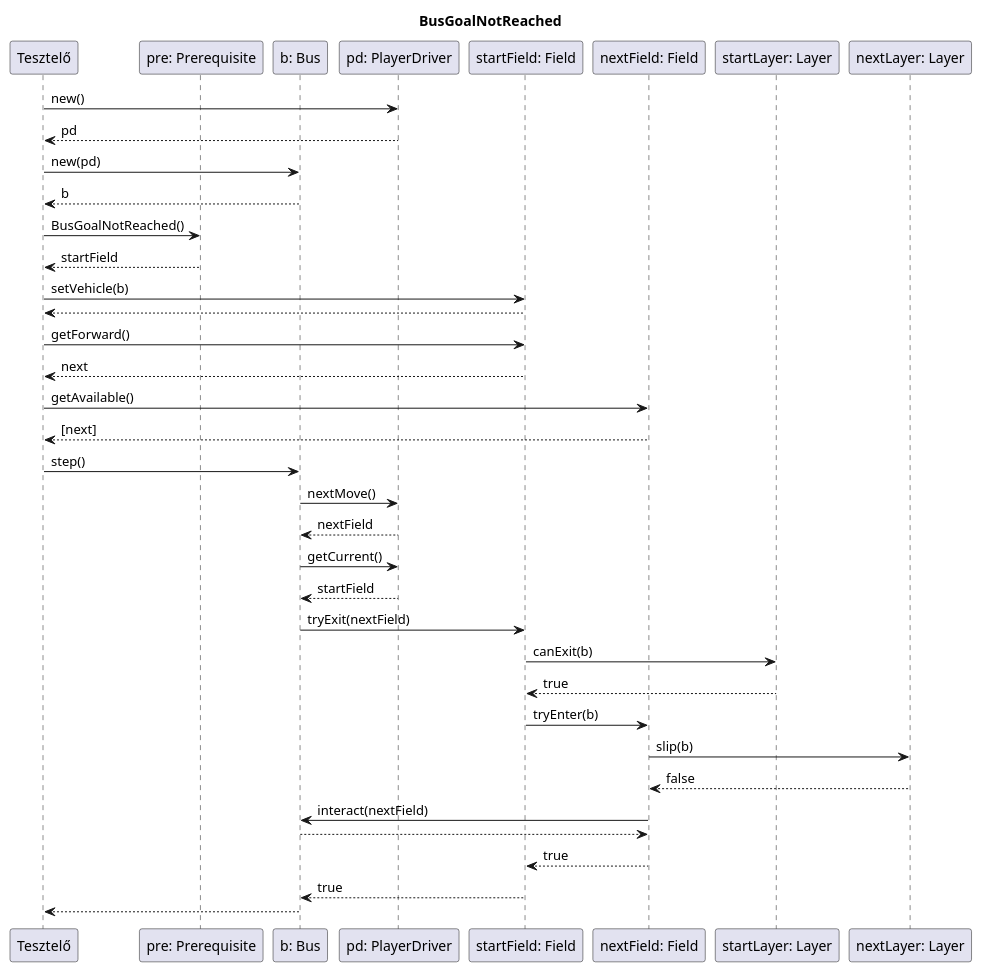
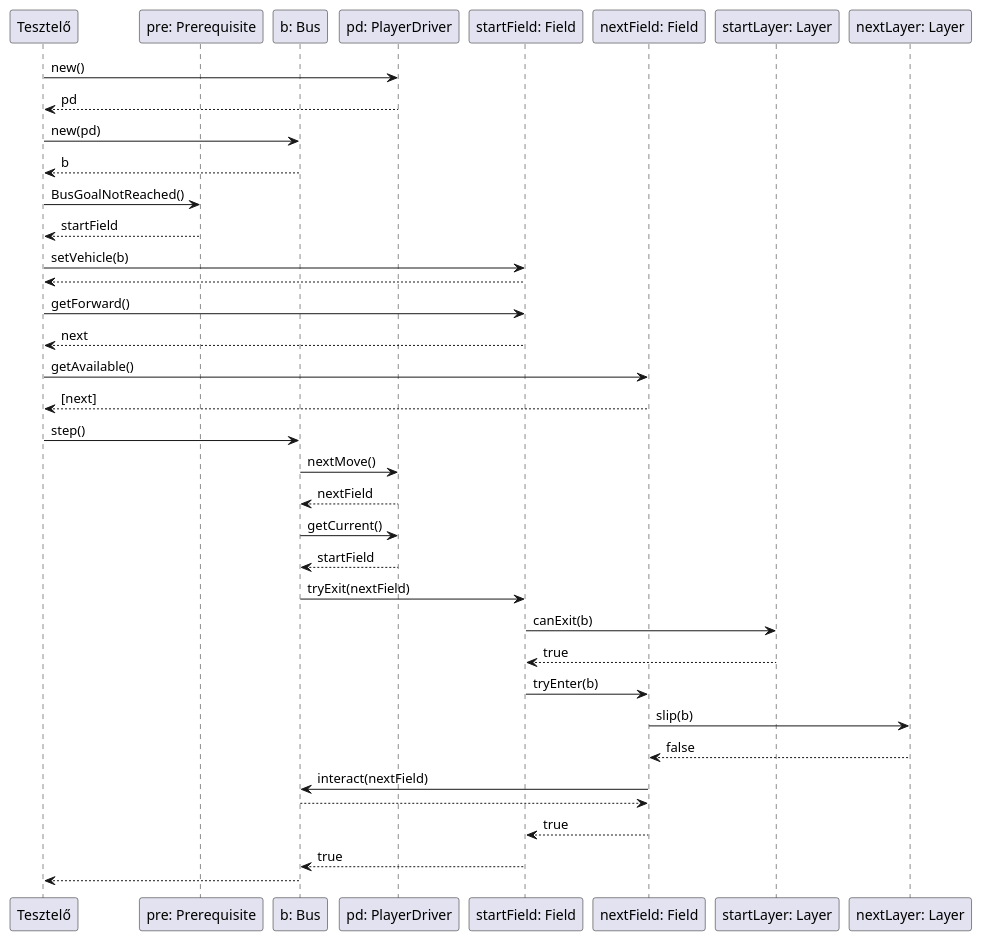
Before and after one commit to uhrinandor/spring: the diagram in docs/skeleton/bus/BusGoalNotReached.plantuml, drawn with PlantUML. The commit also changed 10 other files, not shown here.

```diff
--- a/docs/skeleton/bus/BusGoalNotReached.plantuml
+++ b/docs/skeleton/bus/BusGoalNotReached.plantuml
@@ -1,69 +1,70 @@
 @startuml
 /'komm diagram: ket egymas melletti mezo, mindketton sima layer'/
 /'BusGoalNotReached'/
-title BusGoalNotReached
+
+
 participant "Tesztelő" as tester
 participant "pre: Prerequisite" as pre
 participant "b: Bus" as b
 participant "pd: PlayerDriver" as pd
 participant "startField: Field" as startField
 participant "nextField: Field" as nextField
 participant "startLayer: Layer" as startLayer
 participant "nextLayer: Layer" as nextLayer
 
 /'letrehoz egy playerdrivert'/
 tester->pd:new()
 pd-->tester:pd
 
 /'letrehozza a buszt a playerdriverrel'/
 tester->b:new(pd)
 b-->tester:b
 
 tester->pre:BusGoalNotReached()
 pre-->tester:startField
 
 /'az elso mezo beallitja a buszt'/
 tester->startField: setVehicle(b)
 startField-->tester:
 
 /'lekeri a tovabblepesi lehetoseget'/
 tester->startField: getForward()
 startField-->tester:next
 
 tester->nextField:getAvailable()
 nextField-->tester:[next]
 
 /'a tesztelo lepteti a buszt'/
 tester->b: step()
 
 /'a driver meghatarozza a kovetkezo mezot'/
 b->pd: nextMove()
 pd-->b: nextField
 
 /'lekerdezi a busz aktualis mezojet'/
 b->pd: getCurrent()
 pd-->b: startField
 
 /'busz megprobal kilepni a jelenlegi mezorol'/
 b->startField: tryExit(nextField)
 
 /'a jelenlegi mezo retege eldonti, hogy kilephet-e'/
 startField->startLayer: canExit(b)
 startLayer-->startField: true
 
 /'megprobal belepni a kovetkezo mezore'/
 startField->nextField: tryEnter(b)
 
 /'a kovetkezo mezon nem csuszik meg'/
 nextField->nextLayer: slip(b)
 nextLayer-->nextField: false
 
 /'a busz ellenorzi a mezot, de ez meg nem a celja'/
 nextField->b: interact(nextField)
 b-->nextField:
 
 /'sikeres belepes'/
 nextField-->startField: true
 startField-->b: true
 b-->tester:
 @enduml
```
